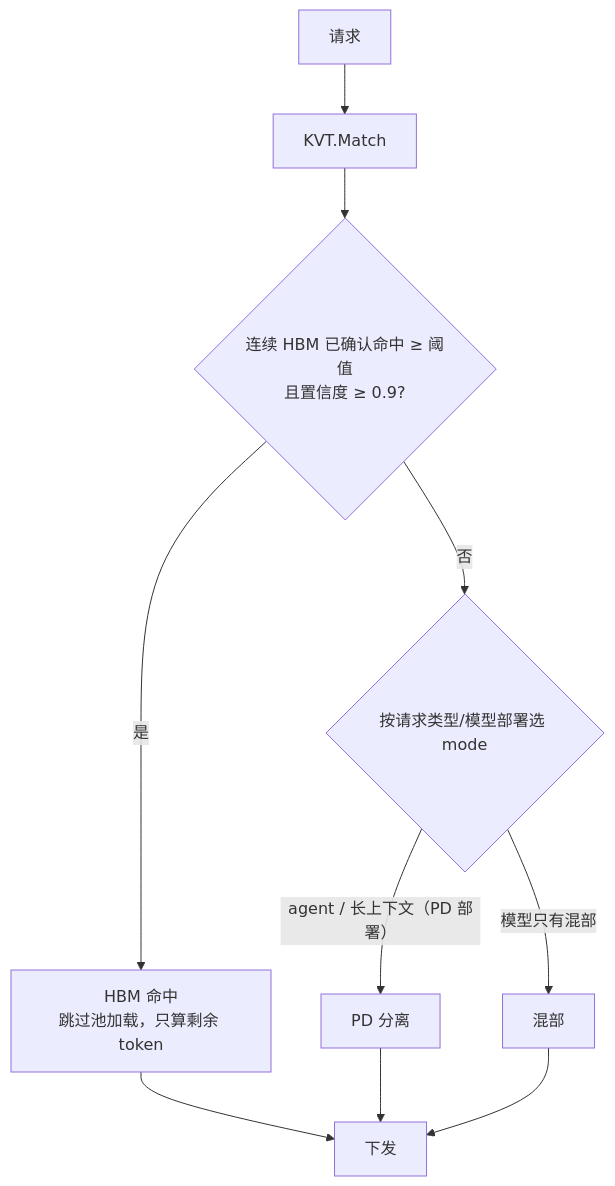
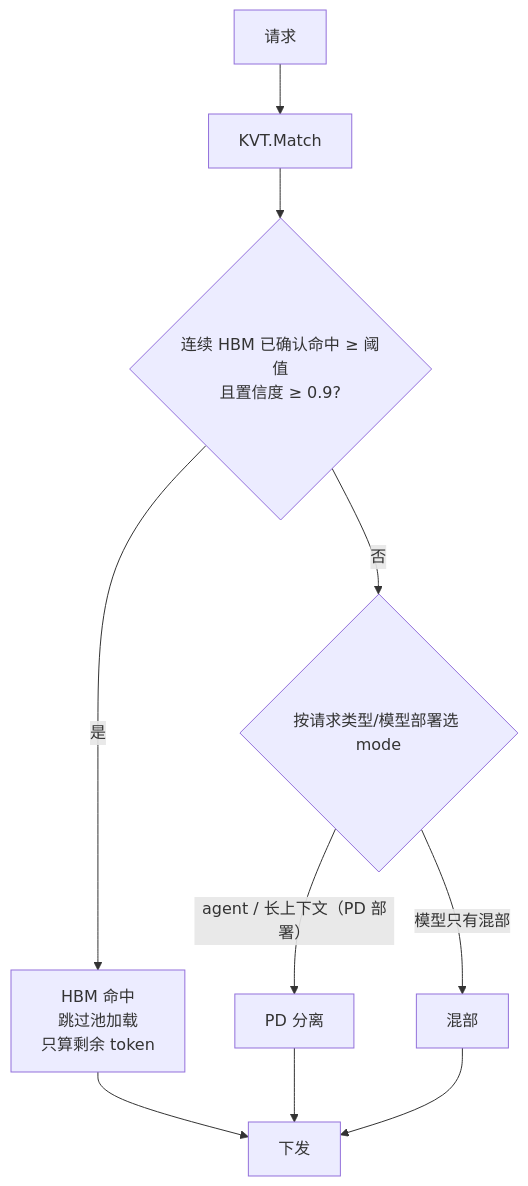
Before and after one commit to 5x8-40/lake: the second of 9 diagrams in kvcm/design/D8b-scheduling-sequences.md, drawn with Mermaid. The commit also changed other lines of this file, not shown here.

Commit message:
docs(kvcm): D8b HBM 命中标签分三行，补完整说明

````diff
--- a/kvcm/design/D8b-scheduling-sequences.md
+++ b/kvcm/design/D8b-scheduling-sequences.md
@@ -63,12 +63,12 @@
 ```mermaid
 flowchart TB
     S["请求"] --> H["KVT.Match"]
     H --> D{"连续 HBM 已确认命中 ≥ 阈值<br/>且置信度 ≥ 0.9?"}
-    D -->|"是"| HB["HBM 命中<br/>跳过池加载，只算剩余 token"]
+    D -->|"是"| HB["HBM 命中<br/>跳过池加载<br/>只算剩余 token"]
     D -->|"否"| M{"按请求类型/模型部署选 mode"}
     M -->|"agent / 长上下文（PD 部署）"| PD["PD 分离"]
     M -->|"模型只有混部"| CO["混部"]
     HB --> O["下发"]
     PD --> O
     CO --> O
 ```
````
